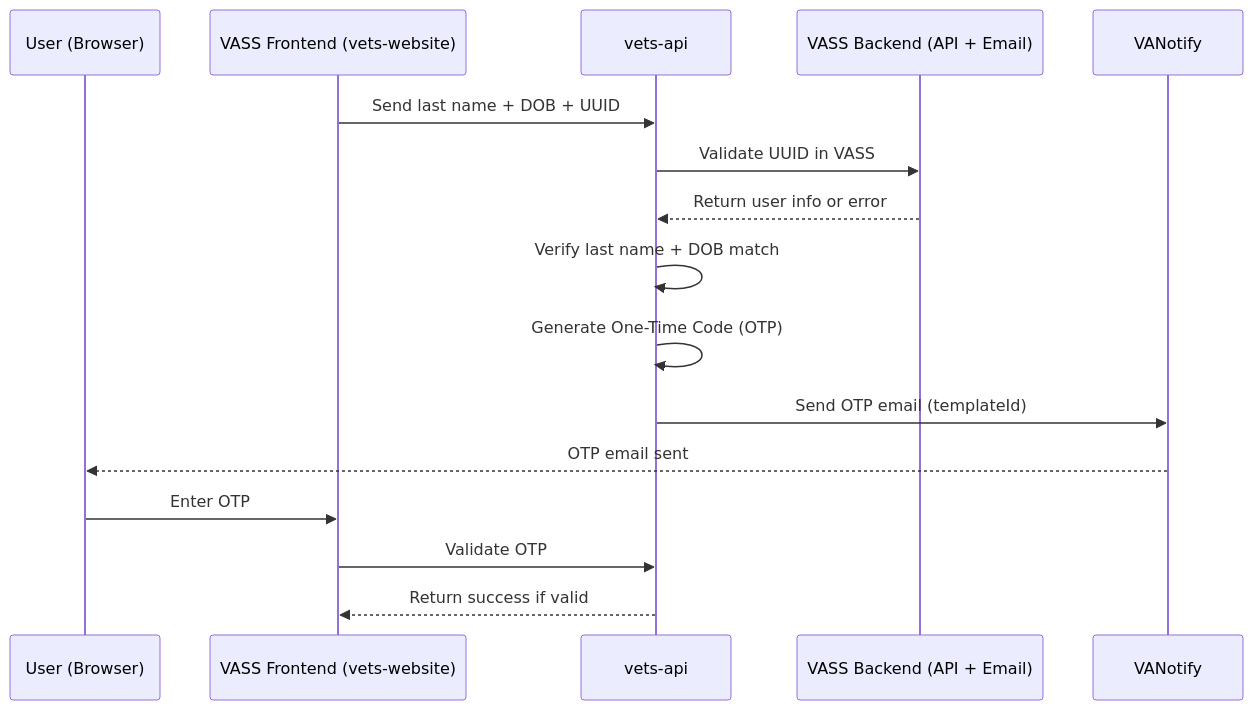
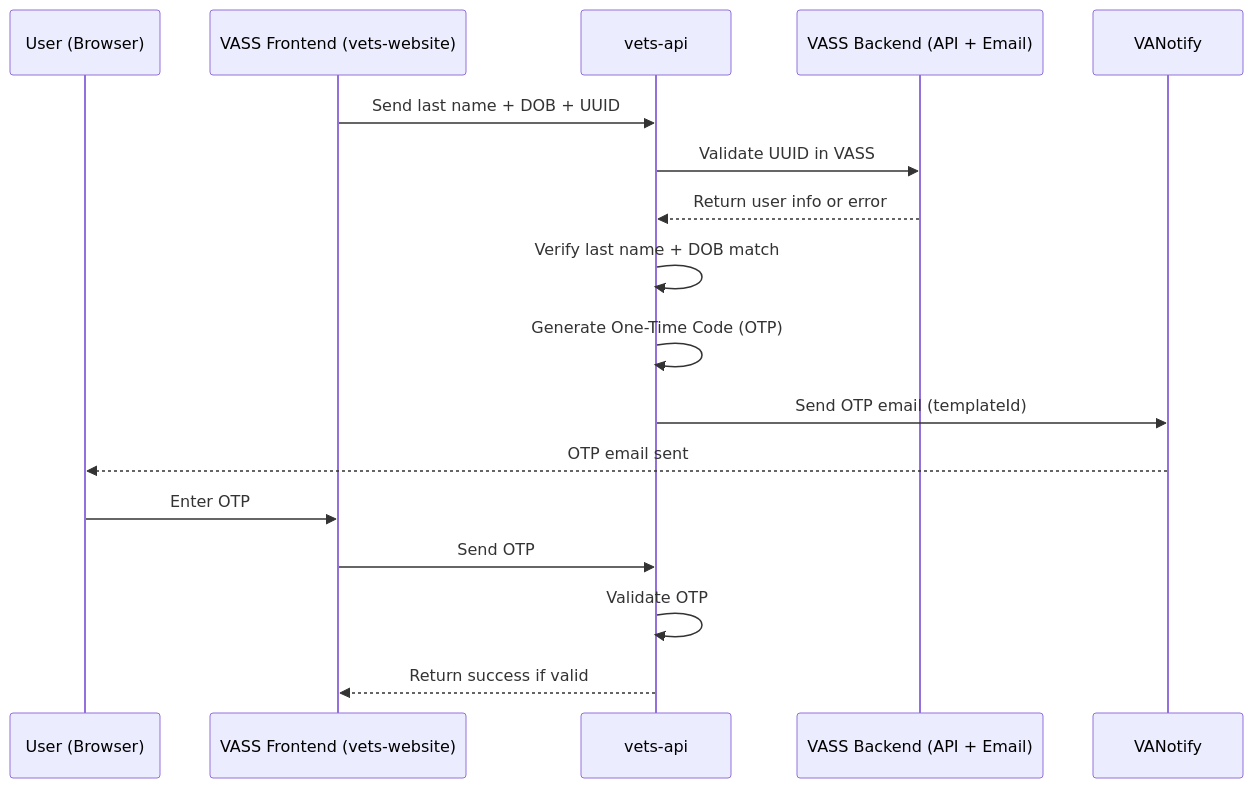
One commit to department-of-veterans-affairs/va.gov-team changed the third of 3 diagrams in products/health-care/appointments/va-online-scheduling/initiatives/solid-start-scheduling/engineering/sequence-diagrams/user-journeys.md. Above: the diagram before and after it, drawn with Mermaid.

````diff
--- a/products/health-care/appointments/va-online-scheduling/initiatives/solid-start-scheduling/engineering/sequence-diagrams/user-journeys.md
+++ b/products/health-care/appointments/va-online-scheduling/initiatives/solid-start-scheduling/engineering/sequence-diagrams/user-journeys.md
@@ -96,22 +96,23 @@
 ```mermaid
 sequenceDiagram
     participant user as User (Browser)
     participant vetsWebsite as VASS Frontend (vets-website)
     participant vetsApi as vets-api
     participant vassBackend as VASS Backend (API + Email)
     participant vaNotify as VANotify
 
     %% Step 1: Request One-Time Code (OTP)
     vetsWebsite->>vetsApi: Send last name + DOB + UUID
     vetsApi->>vassBackend: Validate UUID in VASS
     vassBackend-->>vetsApi: Return user info or error
     vetsApi->>vetsApi: Verify last name + DOB match
     vetsApi->>vetsApi: Generate One-Time Code (OTP)
     vetsApi->>vaNotify: Send OTP email (templateId)
     vaNotify-->>user: OTP email sent
 
     %% Step 2: User enters OTP
     user->>vetsWebsite: Enter OTP
-    vetsWebsite->>vetsApi: Validate OTP
+    vetsWebsite->>vetsApi: Send OTP
+    vetsApi->>vetsApi: Validate OTP
     vetsApi-->>vetsWebsite: Return success if valid
 ```
````
